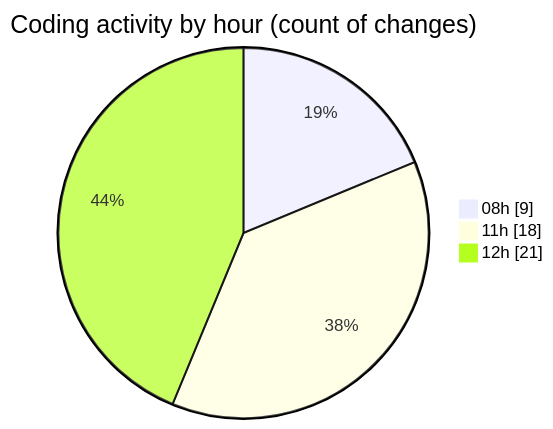
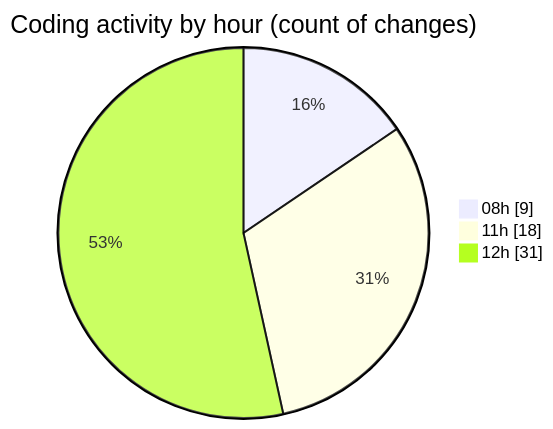
The second of 2 diagrams in 2026-04-17/cda/README.md (momahboobian/code-tracking), drawn with Mermaid before and after one commit. The commit also changed other lines of this file and 1 other file, not shown here.

````diff
--- a/2026-04-17/cda/README.md
+++ b/2026-04-17/cda/README.md
@@ -50,7 +51,7 @@
 ```mermaid
 pie showData
 title Coding activity by hour (count of changes)
 "08h" : 9
 "11h" : 18
-"12h" : 21
+"12h" : 31
 ```
````
